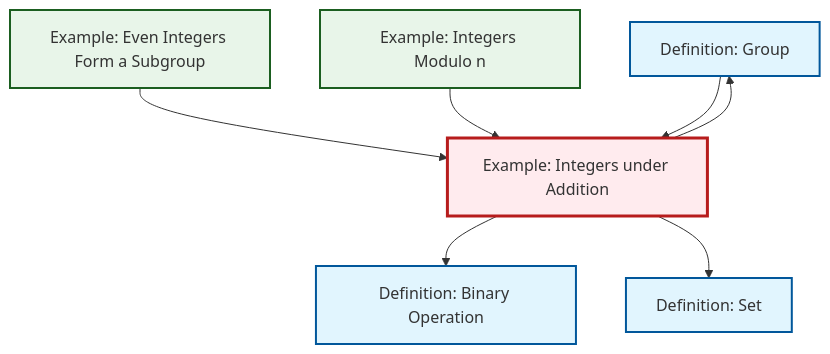
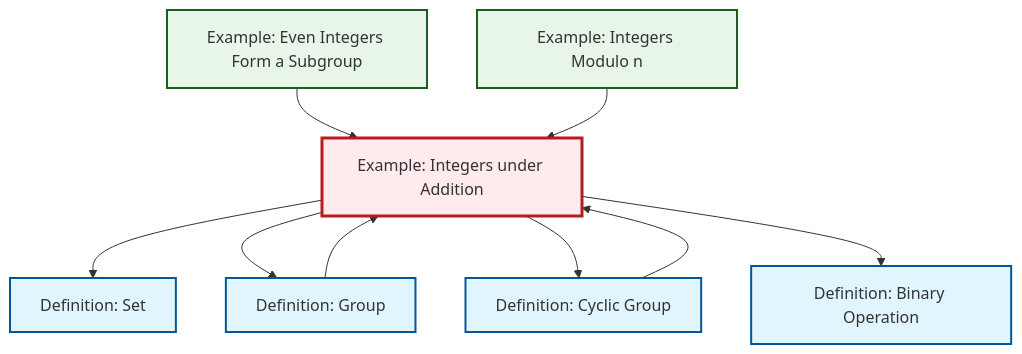
Before and after one commit to RK0429/ModernMath: the diagram in content/en/algebra/ex-integers-addition.qmd, drawn with Mermaid. The commit also changed 417 other files, not shown here.

````diff
--- a/content/en/algebra/ex-integers-addition.qmd
+++ b/content/en/algebra/ex-integers-addition.qmd
@@ -72,27 +72,31 @@
 ```{mermaid}
 %%| fig-cap: "Local dependency graph"
 graph TD
     classDef definition fill:#e1f5fe,stroke:#01579b,stroke-width:2px
     classDef theorem fill:#f3e5f5,stroke:#4a148c,stroke-width:2px
     classDef axiom fill:#fff3e0,stroke:#e65100,stroke-width:2px
     classDef example fill:#e8f5e9,stroke:#1b5e20,stroke-width:2px
     classDef current fill:#ffebee,stroke:#b71c1c,stroke-width:3px
+    ex-even-integers-subgroup["Example: Even Integers Form a Subgroup"]:::example
+    def-cyclic-group["Definition: Cyclic Group"]:::definition
+    ex-quotient-integers-mod-n["Example: Integers Modulo n"]:::example
+    ex-integers-addition["Example: Integers under Addition"]:::example
+    def-binary-operation["Definition: Binary Operation"]:::definition
+    def-group["Definition: Group"]:::definition
     def-set["Definition: Set"]:::definition
-    def-group["Definition: Group"]:::definition
-    ex-integers-addition["Example: Integers under Addition"]:::example
-    ex-even-integers-subgroup["Example: Even Integers Form a Subgroup"]:::example
-    ex-quotient-integers-mod-n["Example: Integers Modulo n"]:::example
-    def-binary-operation["Definition: Binary Operation"]:::definition
-    ex-integers-addition --> def-binary-operation
+    ex-integers-addition --> def-set
+    ex-integers-addition --> def-group
     ex-even-integers-subgroup --> ex-integers-addition
-    ex-integers-addition --> def-set
+    ex-integers-addition --> def-cyclic-group
     ex-quotient-integers-mod-n --> ex-integers-addition
     def-group --> ex-integers-addition
-    ex-integers-addition --> def-group
+    def-cyclic-group --> ex-integers-addition
+    ex-integers-addition --> def-binary-operation
     class ex-integers-addition current
-    click def-set "def-set.html" "Go to Set definition"
-    click def-group "def-group.html" "Go to Group definition"
     click ex-even-integers-subgroup "ex-even-integers-subgroup.html" "Go to Even Integers Form a Subgroup example"
+    click def-cyclic-group "def-cyclic-group.html" "Go to Cyclic Group definition"
     click ex-quotient-integers-mod-n "ex-quotient-integers-mod-n.html" "Go to Integers Modulo n example"
     click def-binary-operation "def-binary-operation.html" "Go to Binary Operation definition"
+    click def-group "def-group.html" "Go to Group definition"
+    click def-set "def-set.html" "Go to Set definition"
 ```
````
